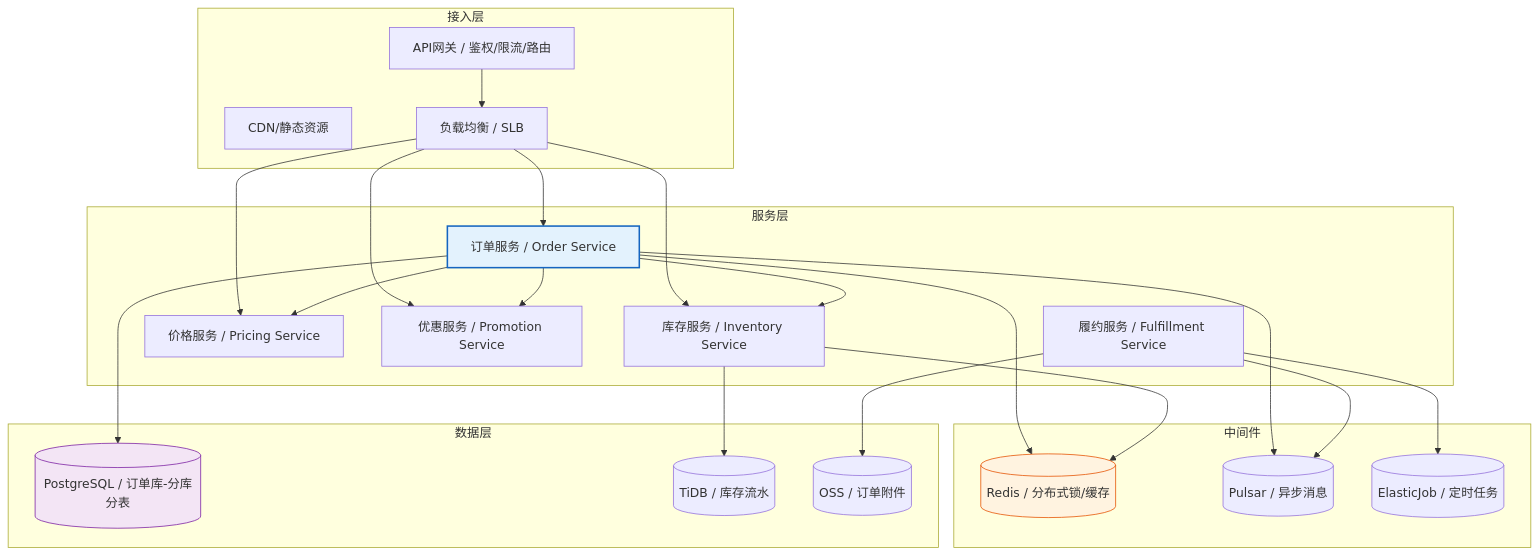
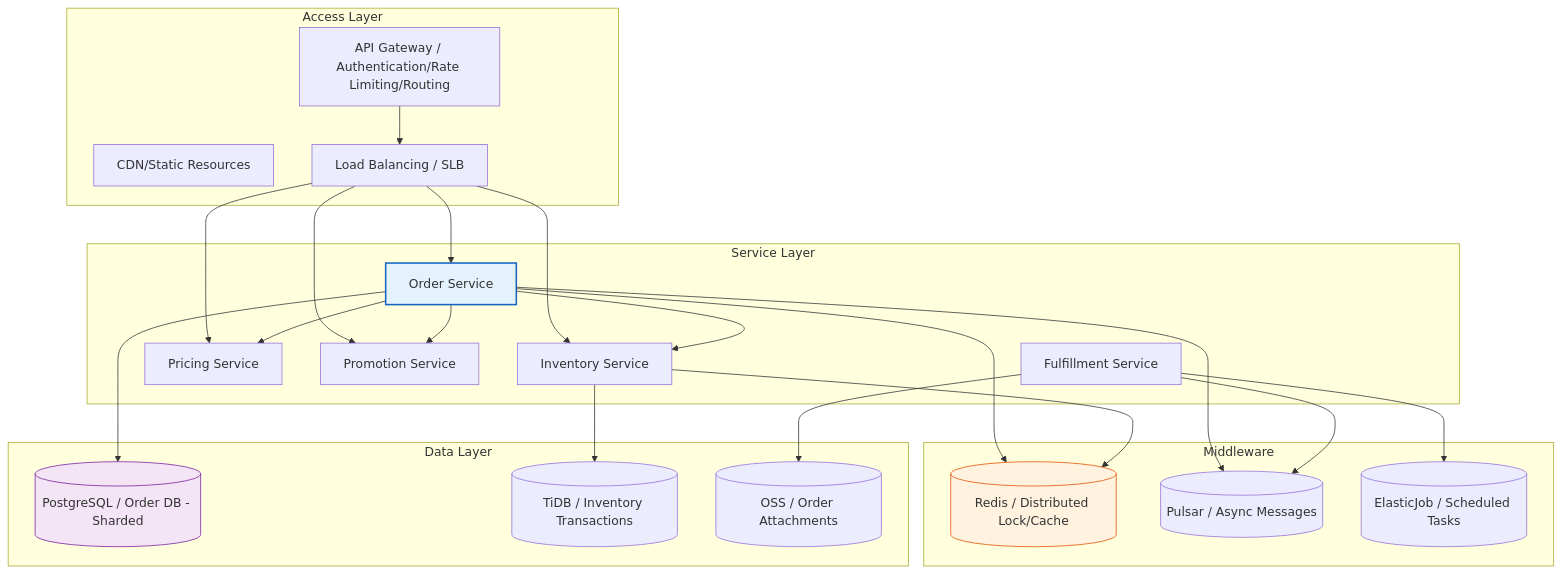
Before and after one commit to Kirky-X/cangjie: the third of 11 diagrams in templates/产品/产品层/【模板】功能需求文档.md, drawn with Mermaid. The commit also changed other lines of this file and 60 other files, not shown here.

````diff
--- a/templates/产品/产品层/【模板】功能需求文档.md
+++ b/templates/产品/产品层/【模板】功能需求文档.md
@@ -114,49 +114,49 @@
 ```mermaid
 graph TB
-    subgraph 接入层
-        A1[CDN/静态资源]
-        A2[API网关 / 鉴权/限流/路由]
-        A3[负载均衡 / SLB]
+    subgraph Access Layer
+        A1[CDN/Static Resources]
+        A2[API Gateway / Authentication/Rate Limiting/Routing]
+        A3[Load Balancing / SLB]
     end
 
-    subgraph 服务层
-        B1[订单服务 / Order Service]
-        B2[库存服务 / Inventory Service]
-        B3[价格服务 / Pricing Service]
-        B4[优惠服务 / Promotion Service]
-        B5[履约服务 / Fulfillment Service]
+    subgraph Service Layer
+        B1[Order Service]
+        B2[Inventory Service]
+        B3[Pricing Service]
+        B4[Promotion Service]
+        B5[Fulfillment Service]
     end
 
-    subgraph 中间件
-        C1[(Redis / 分布式锁/缓存)]
-        C2[(Pulsar / 异步消息)]
-        C3[(ElasticJob / 定时任务)]
+    subgraph Middleware
+        C1[(Redis / Distributed Lock/Cache)]
+        C2[(Pulsar / Async Messages)]
+        C3[(ElasticJob / Scheduled Tasks)]
     end
 
-    subgraph 数据层
-        D1[(PostgreSQL / 订单库-分库分表)]
-        D2[(TiDB / 库存流水)]
-        D3[(OSS / 订单附件)]
+    subgraph Data Layer
+        D1[(PostgreSQL / Order DB - Sharded)]
+        D2[(TiDB / Inventory Transactions)]
+        D3[(OSS / Order Attachments)]
     end
 
     A2 --> A3
     A3 --> B1
     A3 --> B2
     A3 --> B3
     A3 --> B4
     B1 --> B2
     B1 --> B3
     B1 --> B4
     B1 --> C1
     B1 --> C2
     B2 --> C1
     B5 --> C2
     B5 --> C3
     B1 --> D1
     B2 --> D2
     B5 --> D3
 
     style B1 fill:#e3f2fd,stroke:#1565c0,stroke-width:2px
     style C1 fill:#fff3e0,stroke:#e65100
     style D1 fill:#f3e5f5,stroke:#7b1fa2
 ```
````
